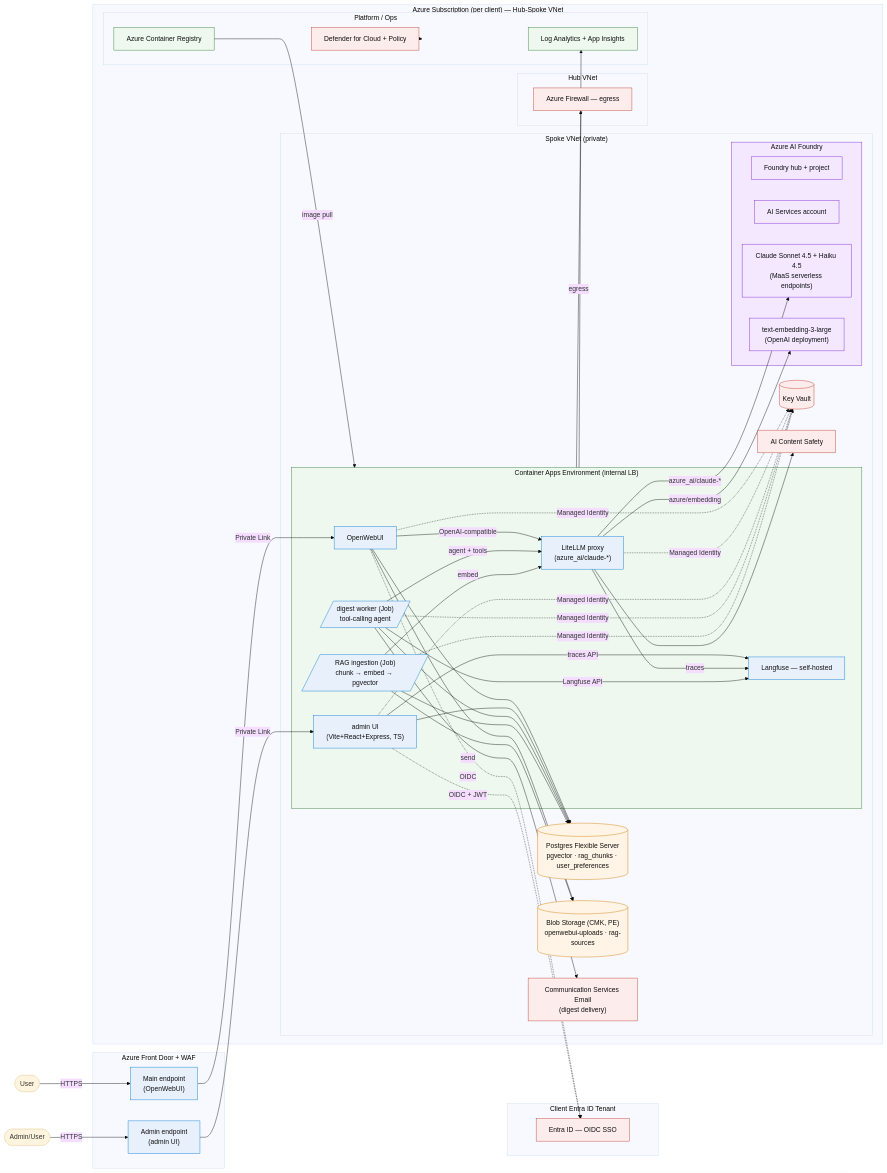
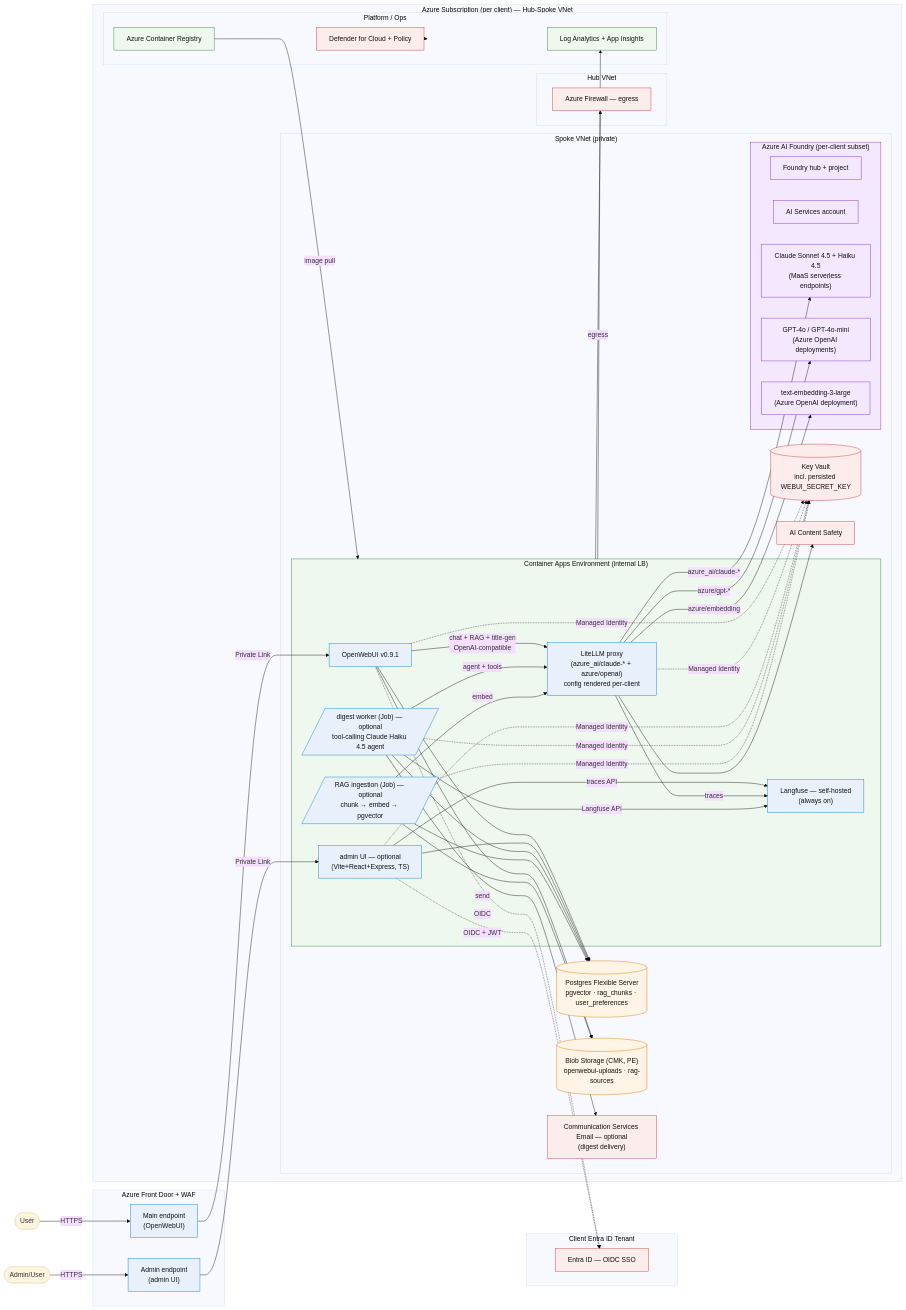
One commit to gergelyvagujhelyi/PrivateGpt changed the diagram in architecture.mmd. Above: the diagram before and after it, drawn with Mermaid (base theme). The commit also changed 6 other files, not shown here.

First line of the commit message:
docs: sync README, slides, and architecture with current stack

```diff
--- a/architecture.mmd
+++ b/architecture.mmd
@@ -1,103 +1,105 @@
 flowchart LR
     User([User])
     Admin([Admin/User])
 
     subgraph Edge["Azure Front Door + WAF"]
         FD["Main endpoint<br/>(OpenWebUI)"]
         FDA["Admin endpoint<br/>(admin UI)"]
     end
 
     subgraph Tenant["Client Entra ID Tenant"]
         AAD["Entra ID — OIDC SSO"]
     end
 
     subgraph Azure["Azure Subscription (per client) — Hub-Spoke VNet"]
 
         subgraph Spoke["Spoke VNet (private)"]
 
             subgraph ACA["Container Apps Environment (internal LB)"]
-                OWUI["OpenWebUI"]
-                LITELLM["LiteLLM proxy<br/>(azure_ai/claude-*)"]
-                LF["Langfuse — self-hosted"]
-                ADMIN["admin UI<br/>(Vite+React+Express, TS)"]
-                DIGEST[/"digest worker (Job)<br/>tool-calling agent"/]
-                RAG[/"RAG ingestion (Job)<br/>chunk → embed → pgvector"/]
+                OWUI["OpenWebUI v0.9.1"]
+                LITELLM["LiteLLM proxy<br/>(azure_ai/claude-* + azure/openai)<br/>config rendered per-client"]
+                LF["Langfuse — self-hosted<br/>(always on)"]
+                ADMIN["admin UI — optional<br/>(Vite+React+Express, TS)"]
+                DIGEST[/"digest worker (Job) — optional<br/>tool-calling Claude Haiku 4.5 agent"/]
+                RAG[/"RAG ingestion (Job) — optional<br/>chunk → embed → pgvector"/]
             end
 
             PG[("Postgres Flexible Server<br/>pgvector · rag_chunks · user_preferences")]
             BLOB[("Blob Storage (CMK, PE)<br/>openwebui-uploads · rag-sources")]
-            KV[("Key Vault")]
+            KV[("Key Vault<br/>incl. persisted WEBUI_SECRET_KEY")]
 
-            subgraph Foundry["Azure AI Foundry"]
+            subgraph Foundry["Azure AI Foundry (per-client subset)"]
                 AIHUB["Foundry hub + project"]
                 AIS["AI Services account"]
                 CLAUDE["Claude Sonnet 4.5 + Haiku 4.5<br/>(MaaS serverless endpoints)"]
-                EMBED["text-embedding-3-large<br/>(OpenAI deployment)"]
+                AOAI["GPT-4o / GPT-4o-mini<br/>(Azure OpenAI deployments)"]
+                EMBED["text-embedding-3-large<br/>(Azure OpenAI deployment)"]
             end
 
-            ACS["Communication Services Email<br/>(digest delivery)"]
+            ACS["Communication Services Email — optional<br/>(digest delivery)"]
             CS["AI Content Safety"]
         end
 
         subgraph Hub["Hub VNet"]
             FW["Azure Firewall — egress"]
         end
 
         subgraph Ops["Platform / Ops"]
             LAW["Log Analytics + App Insights"]
             ACR["Azure Container Registry"]
             DEF["Defender for Cloud + Policy"]
         end
     end
 
     User -->|HTTPS| FD
     Admin -->|HTTPS| FDA
     FD -->|Private Link| OWUI
     FDA -->|Private Link| ADMIN
 
     OWUI -. OIDC .-> AAD
     ADMIN -. OIDC + JWT .-> AAD
 
     OWUI --> PG
     OWUI --> BLOB
-    OWUI -->|OpenAI-compatible| LITELLM
+    OWUI -->|chat + RAG + title-gen<br/>OpenAI-compatible| LITELLM
 
     ADMIN --> PG
     ADMIN -->|traces API| LF
 
     LITELLM -->|azure_ai/claude-*| CLAUDE
+    LITELLM -->|azure/gpt-*| AOAI
     LITELLM -->|azure/embedding| EMBED
     LITELLM --> CS
     LITELLM -->|traces| LF
 
     DIGEST --> PG
     DIGEST -->|agent + tools| LITELLM
     DIGEST -->|Langfuse API| LF
     DIGEST -->|send| ACS
 
     RAG --> BLOB
     RAG --> PG
     RAG -->|embed| LITELLM
 
     OWUI -. Managed Identity .-> KV
     LITELLM -. Managed Identity .-> KV
     ADMIN -. Managed Identity .-> KV
     DIGEST -. Managed Identity .-> KV
     RAG   -. Managed Identity .-> KV
 
     ACA -->|egress| FW
     ACA --> LAW
     ACR -->|image pull| ACA
     DEF -.-> Azure
 
     classDef svc fill:#E8F1FB,stroke:#0078D4,color:#111
     classDef data fill:#FFF4E5,stroke:#D17B00,color:#111
     classDef sec fill:#FDECEC,stroke:#C0392B,color:#111
     classDef ops fill:#EEF8EE,stroke:#2E7D32,color:#111
     classDef ai fill:#F3E8FF,stroke:#7E22CE,color:#111
 
     class OWUI,LITELLM,LF,ADMIN,DIGEST,RAG,FD,FDA svc
     class PG,BLOB data
     class KV,AAD,CS,FW,DEF,ACS sec
     class LAW,ACR,ACA ops
-    class AIHUB,AIS,CLAUDE,EMBED,Foundry ai
+    class AIHUB,AIS,CLAUDE,AOAI,EMBED,Foundry ai
```
